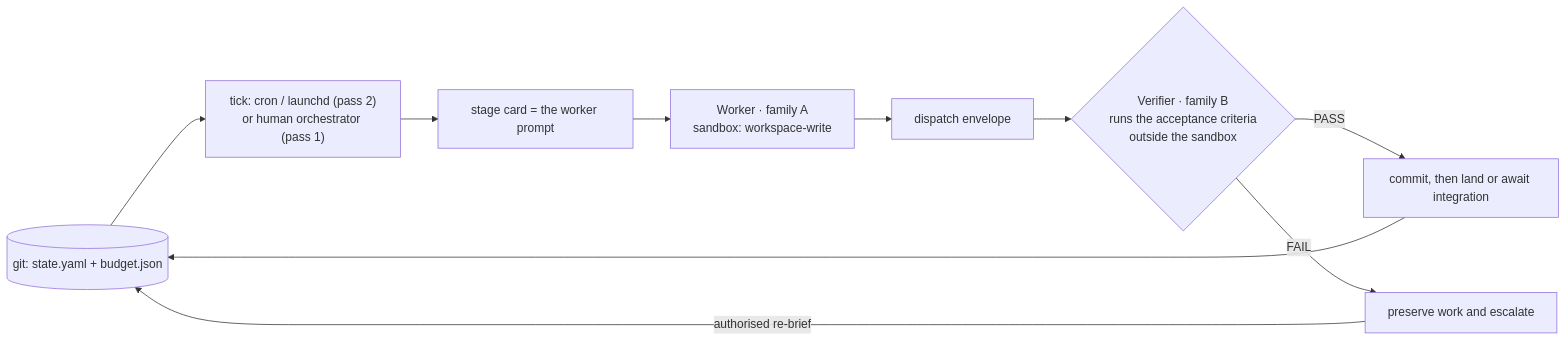
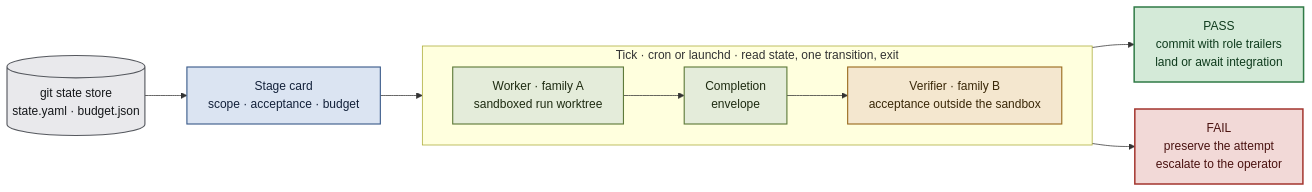
The diagram in README.md (aw-pr/autometta-public), drawn with Mermaid before and after one commit. The commit also changed other lines of this file and 17 other files, not shown here.

````diff
--- a/README.md
+++ b/README.md
@@ -27,13 +30,28 @@
 ```mermaid
+%%{init: {"flowchart": {"curve": "basis", "nodeSpacing": 36, "rankSpacing": 56, "padding": 14, "wrappingWidth": 320}}}%%
 flowchart LR
-  S[("git: state.yaml + budget.json")]
-  S --> T["tick: cron / launchd (pass 2)<br/>or human orchestrator (pass 1)"]
-  T --> C["stage card = the worker prompt"]
-  C --> W["Worker · family A<br/>sandbox: workspace-write"]
-  W --> E["dispatch envelope"]
-  E --> V{"Verifier · family B<br/>runs the acceptance criteria<br/>outside the sandbox"}
-  V -- PASS --> G["commit, then land or await integration"]
-  V -- FAIL --> R["preserve work and escalate"]
-  G --> S
-  R -- authorised re-brief --> S
+  classDef store fill:#e9e9ec,stroke:#55585e,stroke-width:1.5px,color:#15171a
+  classDef op fill:#dbe4f2,stroke:#3b5b8a,stroke-width:1.5px,color:#13213a
+  classDef worker fill:#e4ecda,stroke:#5e7a3a,stroke-width:1.5px,color:#1e2b11
+  classDef verifier fill:#f4e7cf,stroke:#9a6b1f,stroke-width:1.5px,color:#3a2808
+  classDef pass fill:#d4ead8,stroke:#2f7a46,stroke-width:2px,color:#0f3b1d
+  classDef fail fill:#f2d9d7,stroke:#a3352e,stroke-width:2px,color:#4a1210
+
+  STATE[("git state store<br/>state.yaml · budget.json")]:::store
+  CARD["Stage card<br/>scope · acceptance · budget"]:::op
+
+  subgraph TICK["Tick · cron or launchd · read state, one transition, exit"]
+    direction LR
+    W["Worker · family A<br/>sandboxed run worktree"]:::worker
+    ENV["Completion<br/>envelope"]:::worker
+    V["Verifier · family B<br/>acceptance outside the sandbox"]:::verifier
+    W --> ENV --> V
+  end
+
+  LAND["PASS<br/>commit with role trailers<br/>land or await integration"]:::pass
+  KEEP["FAIL<br/>preserve the attempt<br/>escalate to the operator"]:::fail
+
+  STATE --> CARD --> W
+  V --> LAND
+  V --> KEEP
 ```
````
